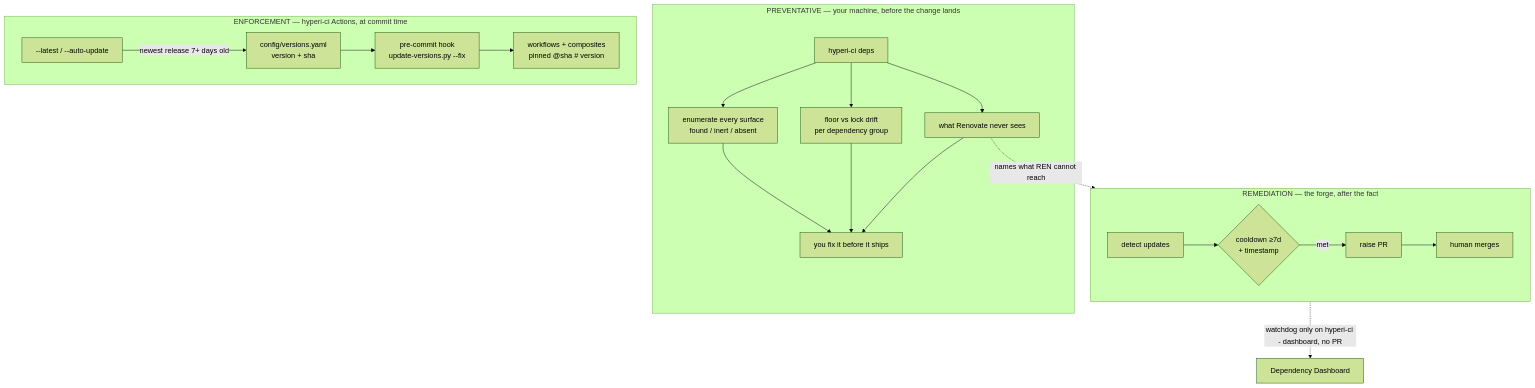
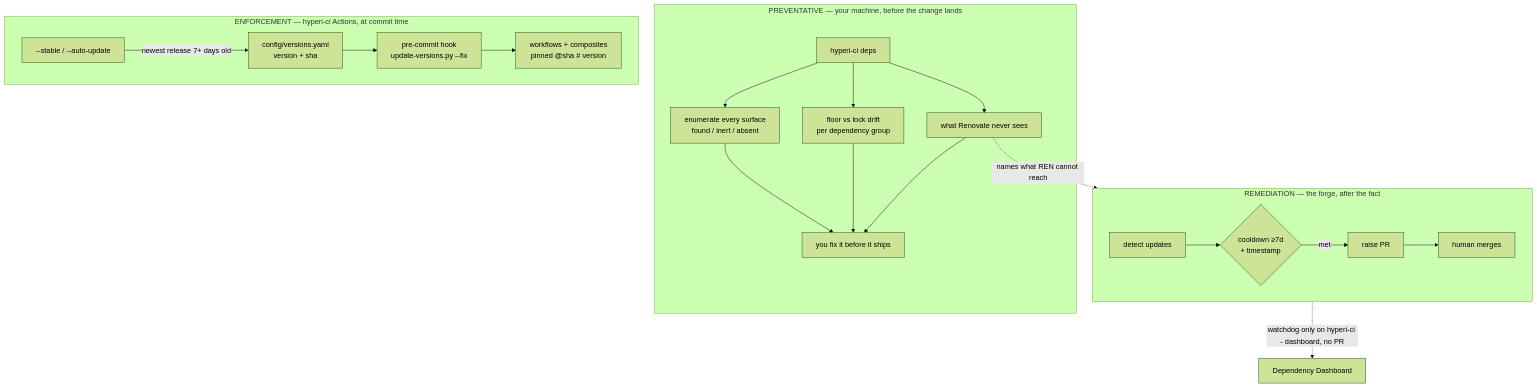
Before and after one commit to hyperi-io/hyperi-ci: the diagram in docs/dependencies/deps-pinning.md, drawn with Mermaid (forest theme). The commit also changed other lines of this file and 13 other files, not shown here.

````diff
--- a/docs/dependencies/deps-pinning.md
+++ b/docs/dependencies/deps-pinning.md
@@ -70,23 +70,23 @@
 ```mermaid
 flowchart TD
     subgraph PREV["PREVENTATIVE — your machine, before the change lands"]
       DEPS["hyperi-ci deps"] --> SURF["enumerate every surface<br/>found / inert / absent"]
       DEPS --> DRIFT["floor vs lock drift<br/>per dependency group"]
       DEPS --> GAPS["what Renovate never sees"]
       SURF --> YOU["you fix it before it ships"]
       DRIFT --> YOU
       GAPS --> YOU
     end
     subgraph SCRIPT["ENFORCEMENT — hyperi-ci Actions, at commit time"]
       V["config/versions.yaml<br/>version + sha"] --> H["pre-commit hook<br/>update-versions.py --fix"]
       H --> W["workflows + composites<br/>pinned @sha # version"]
-      L["--latest / --auto-update"] -->|newest release 7+ days old| V
+      L["--stable / --auto-update"] -->|newest release 7+ days old| V
     end
     subgraph REN["REMEDIATION — the forge, after the fact"]
       D["detect updates"] --> DD{"cooldown ≥7d<br/>+ timestamp"}
       DD -->|met| PR["raise PR"]
       PR --> HUMAN["human merges"]
     end
     REN -.->|watchdog only on hyperi-ci - dashboard, no PR| DASH["Dependency Dashboard"]
     GAPS -.->|names what REN cannot reach| REN
 ```
````
